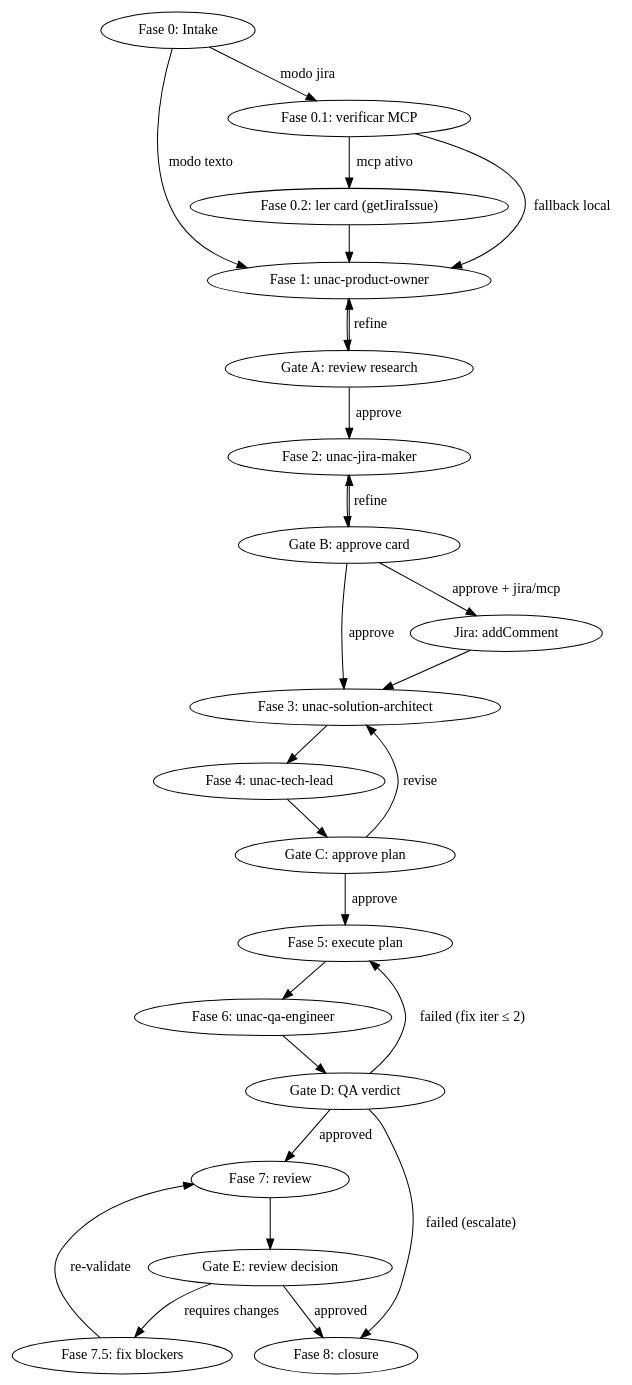
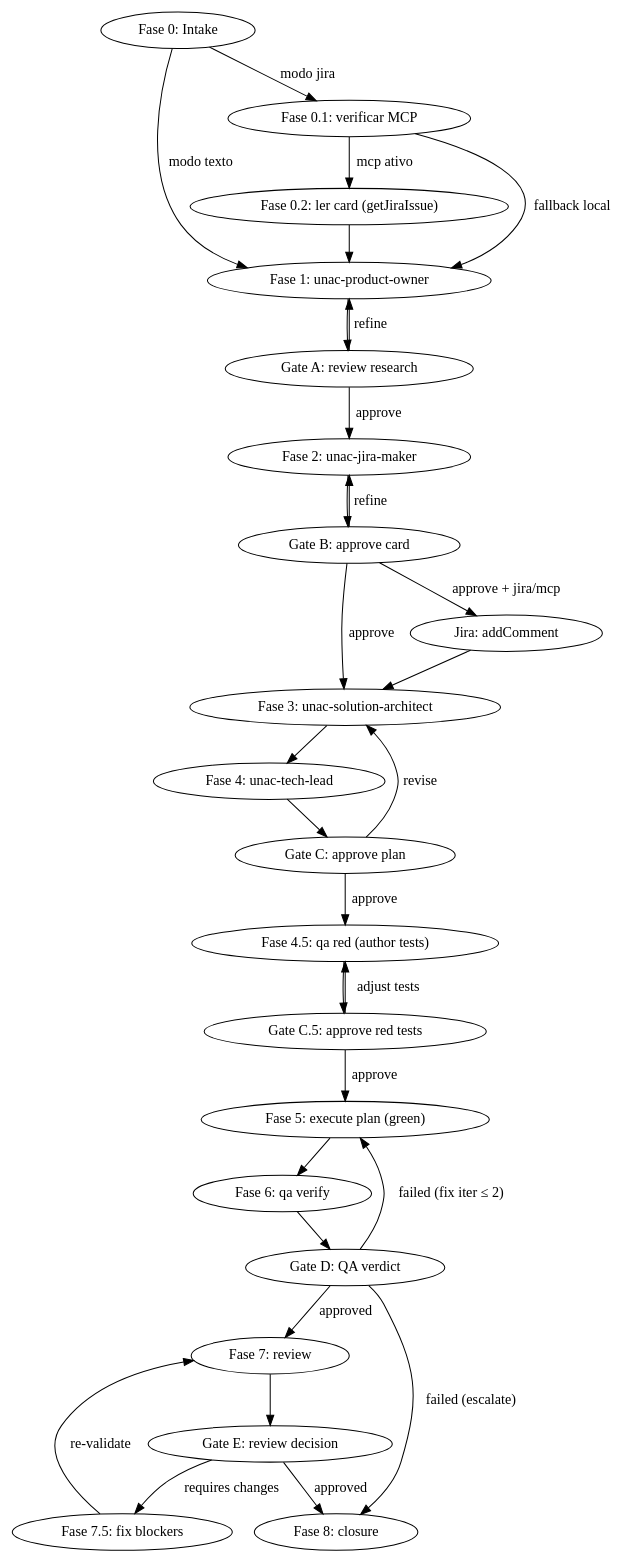
The diagram in skills-claude/unac-pipeline/SKILL.md (uesleinasch/unac-agents), drawn with Graphviz before and after one commit. The commit also changed other lines of this file and 24 other files, not shown here.

````diff
--- a/skills-claude/unac-pipeline/SKILL.md
+++ b/skills-claude/unac-pipeline/SKILL.md
@@ -34,30 +36,33 @@
 ```dot
 digraph unac_pipeline {
     "Fase 0: Intake" -> "Fase 1: unac-product-owner" [label="modo texto"];
     "Fase 0: Intake" -> "Fase 0.1: verificar MCP" [label="modo jira"];
     "Fase 0.1: verificar MCP" -> "Fase 0.2: ler card (getJiraIssue)" [label="mcp ativo"];
     "Fase 0.1: verificar MCP" -> "Fase 1: unac-product-owner" [label="fallback local"];
     "Fase 0.2: ler card (getJiraIssue)" -> "Fase 1: unac-product-owner";
     "Fase 1: unac-product-owner" -> "Gate A: review research";
     "Gate A: review research" -> "Fase 2: unac-jira-maker" [label="approve"];
     "Gate A: review research" -> "Fase 1: unac-product-owner" [label="refine"];
     "Fase 2: unac-jira-maker" -> "Gate B: approve card";
     "Gate B: approve card" -> "Fase 3: unac-solution-architect" [label="approve"];
     "Gate B: approve card" -> "Jira: addComment" [label="approve + jira/mcp"];
     "Jira: addComment" -> "Fase 3: unac-solution-architect";
     "Gate B: approve card" -> "Fase 2: unac-jira-maker" [label="refine"];
     "Fase 3: unac-solution-architect" -> "Fase 4: unac-tech-lead";
     "Fase 4: unac-tech-lead" -> "Gate C: approve plan";
-    "Gate C: approve plan" -> "Fase 5: execute plan" [label="approve"];
+    "Gate C: approve plan" -> "Fase 4.5: qa red (author tests)" [label="approve"];
     "Gate C: approve plan" -> "Fase 3: unac-solution-architect" [label="revise"];
-    "Fase 5: execute plan" -> "Fase 6: unac-qa-engineer";
-    "Fase 6: unac-qa-engineer" -> "Gate D: QA verdict";
+    "Fase 4.5: qa red (author tests)" -> "Gate C.5: approve red tests";
+    "Gate C.5: approve red tests" -> "Fase 5: execute plan (green)" [label="approve"];
+    "Gate C.5: approve red tests" -> "Fase 4.5: qa red (author tests)" [label="adjust tests"];
+    "Fase 5: execute plan (green)" -> "Fase 6: qa verify";
+    "Fase 6: qa verify" -> "Gate D: QA verdict";
     "Gate D: QA verdict" -> "Fase 7: review" [label="approved"];
-    "Gate D: QA verdict" -> "Fase 5: execute plan" [label="failed (fix iter ≤ 2)"];
+    "Gate D: QA verdict" -> "Fase 5: execute plan (green)" [label="failed (fix iter ≤ 2)"];
     "Gate D: QA verdict" -> "Fase 8: closure" [label="failed (escalate)"];
     "Fase 7: review" -> "Gate E: review decision";
     "Gate E: review decision" -> "Fase 8: closure" [label="approved"];
     "Gate E: review decision" -> "Fase 7.5: fix blockers" [label="requires changes"];
     "Fase 7.5: fix blockers" -> "Fase 7: review" [label="re-validate"];
 }
 ```
````
